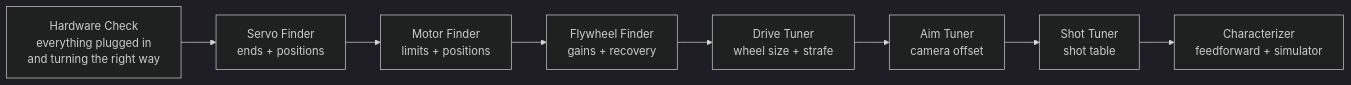
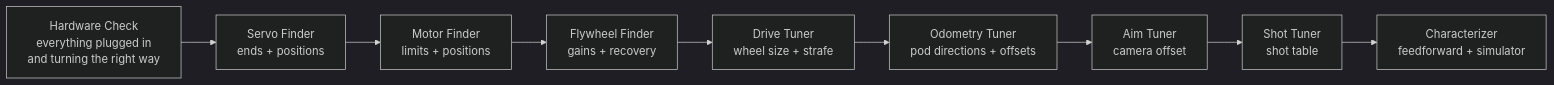
One commit to crossbotics/ftc-helper-lib changed the diagram in docs/guides/finders.md. Above: the diagram before and after it, drawn with Mermaid (dark theme). The commit also changed other lines of this file and 17 other files, not shown here.

````diff
--- a/docs/guides/finders.md
+++ b/docs/guides/finders.md
@@ -26,10 +26,11 @@
 ```mermaid
 flowchart LR
     H["Hardware Check<br/>everything plugged in<br/>and turning the right way"] --> S["Servo Finder<br/>ends + positions"]
     S --> M["Motor Finder<br/>limits + positions"]
     M --> F["Flywheel Finder<br/>gains + recovery"]
     F --> D["Drive Tuner<br/>wheel size + strafe"]
-    D --> A["Aim Tuner<br/>camera offset"]
+    D --> O["Odometry Tuner<br/>pod directions + offsets"]
+    O --> A["Aim Tuner<br/>camera offset"]
     A --> T["Shot Tuner<br/>shot table"]
     T --> C["Characterizer<br/>feedforward + simulator"]
 ```
````
